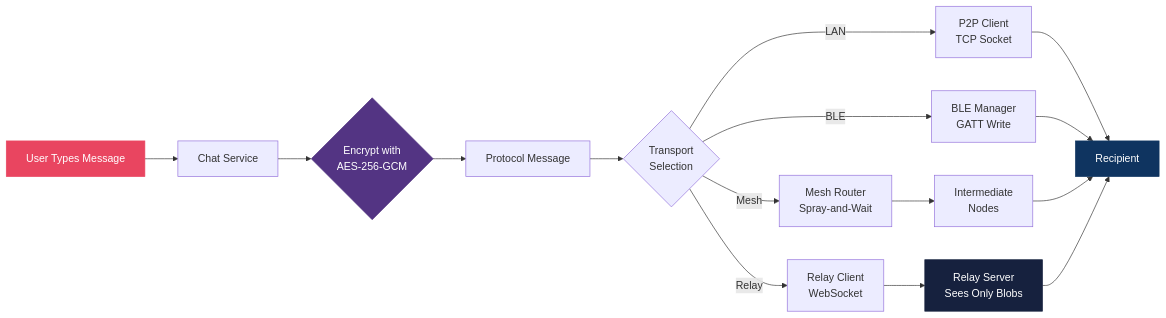
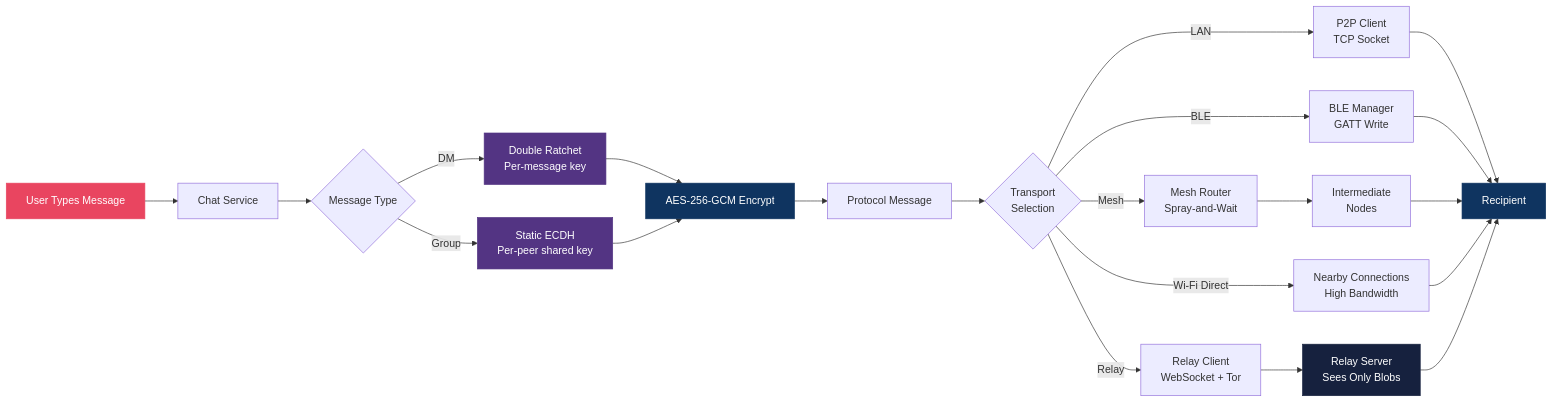
The second of 20 diagrams in README.md (harshitt13/NyxChat), drawn with Mermaid before and after one commit. The commit also changed other lines of this file and 75 other files, not shown here.

````diff
--- a/README.md
+++ b/README.md
@@ -188,20 +236,28 @@
 ```mermaid
 flowchart LR
     A[User Types Message] --> B[Chat Service]
-    B --> C{Encrypt with<br/>AES-256-GCM}
-    C --> D[Protocol Message]
-    D --> E{Transport<br/>Selection}
-    E -->|LAN| F[P2P Client<br/>TCP Socket]
-    E -->|BLE| G[BLE Manager<br/>GATT Write]
-    E -->|Mesh| H[Mesh Router<br/>Spray-and-Wait]
-    E -->|Relay| I[Relay Client<br/>WebSocket]
-    F --> J[Recipient]
-    G --> J
-    H --> K[Intermediate<br/>Nodes] --> J
-    I --> L[Relay Server<br/>Sees Only Blobs] --> J
+    B --> C{Message Type}
+    C -->|DM| D["Double Ratchet<br/>Per-message key"]
+    C -->|Group| E["Static ECDH<br/>Per-peer shared key"]
+    D --> F[AES-256-GCM Encrypt]
+    E --> F
+    F --> G[Protocol Message]
+    G --> H{Transport<br/>Selection}
+    H -->|LAN| I[P2P Client<br/>TCP Socket]
+    H -->|BLE| J[BLE Manager<br/>GATT Write]
+    H -->|Mesh| K[Mesh Router<br/>Spray-and-Wait]
+    H -->|Wi-Fi Direct| L[Nearby Connections<br/>High Bandwidth]
+    H -->|Relay| M[Relay Client<br/>WebSocket + Tor]
+    I --> N[Recipient]
+    J --> N
+    K --> O[Intermediate<br/>Nodes] --> N
+    L --> N
+    M --> P[Relay Server<br/>Sees Only Blobs] --> N
 
     style A fill:#e94560,stroke:#e94560,color:#fff
-    style C fill:#533483,stroke:#533483,color:#fff
-    style J fill:#0f3460,stroke:#0f3460,color:#fff
-    style L fill:#16213e,stroke:#16213e,color:#fff
+    style D fill:#533483,stroke:#533483,color:#fff
+    style E fill:#533483,stroke:#533483,color:#fff
+    style F fill:#0f3460,stroke:#0f3460,color:#fff
+    style N fill:#0f3460,stroke:#0f3460,color:#fff
+    style P fill:#16213e,stroke:#16213e,color:#fff
 ```
````
